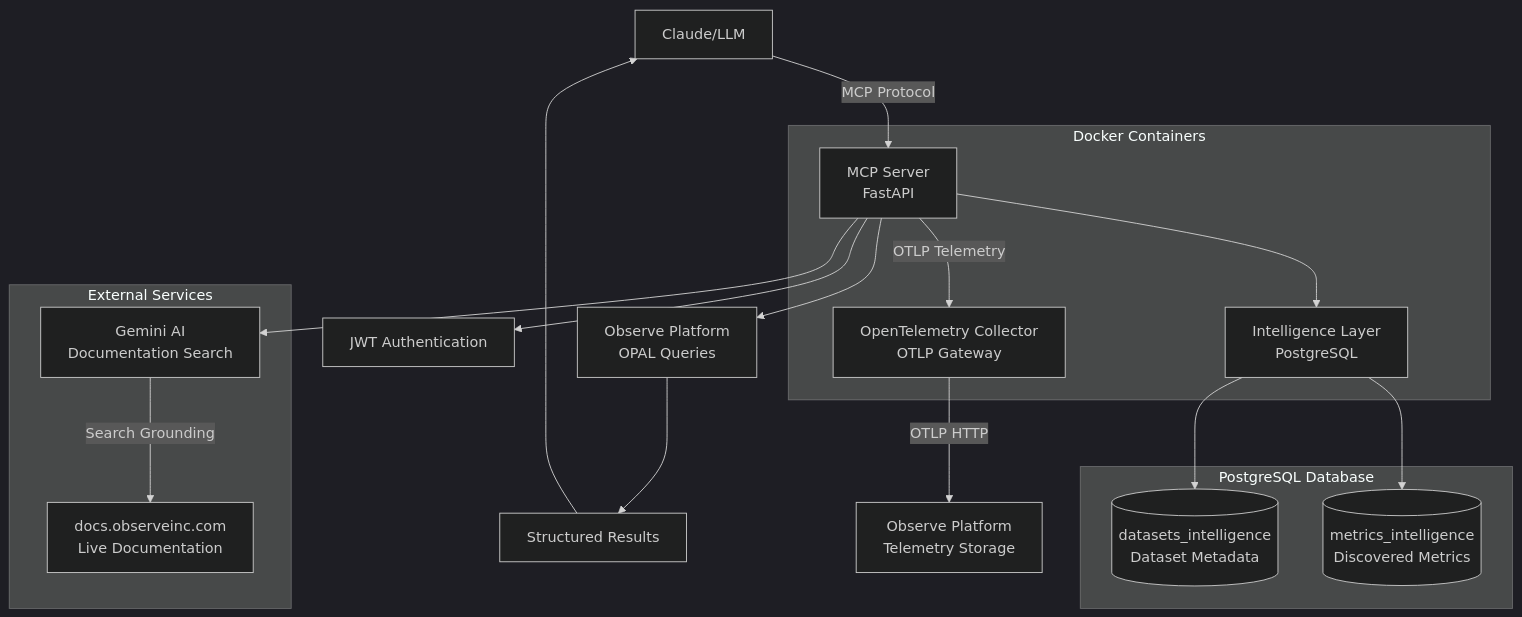
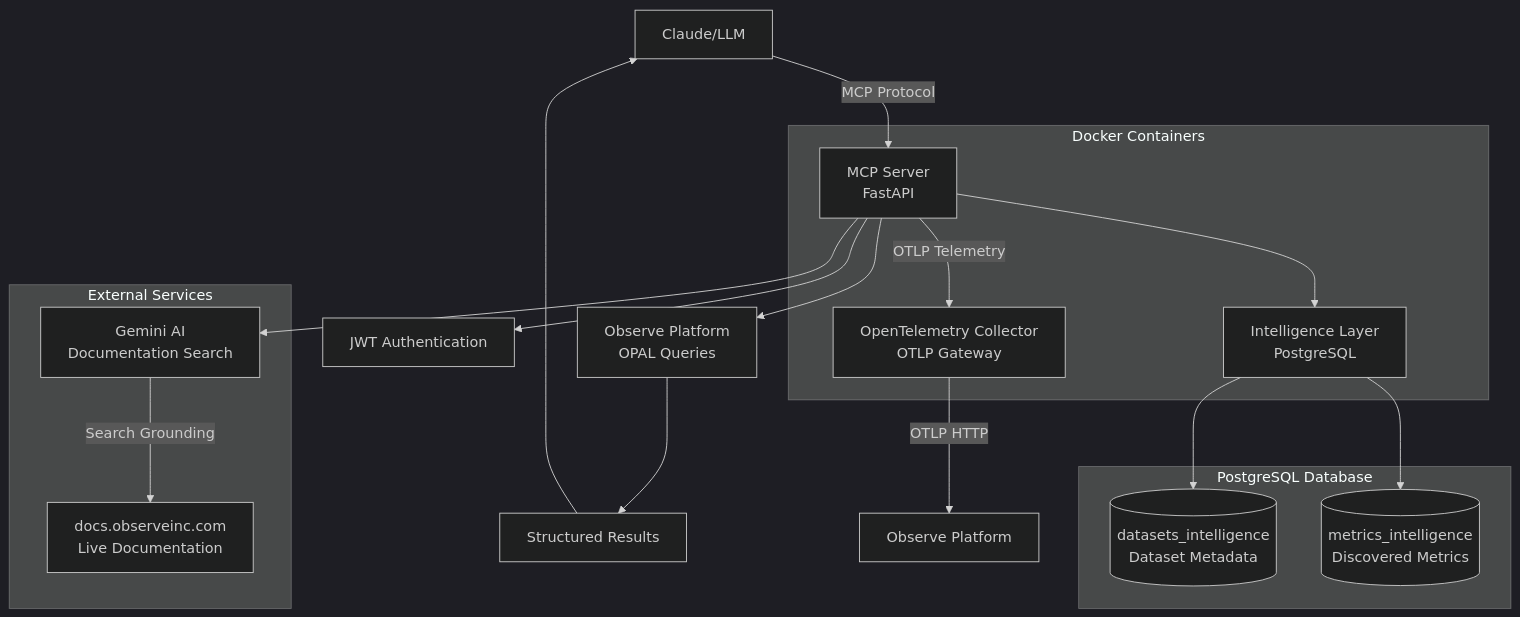
One commit to rustomax/observe-community-mcp changed the diagram in README.md. Above: the diagram before and after it, drawn with Mermaid (dark theme).

Commit message:
docs: update README arch diagram

````diff
--- a/README.md
+++ b/README.md
@@ -185,35 +185,35 @@
 ```mermaid
 graph TB
     Claude[Claude/LLM] -->|MCP Protocol| Server[MCP Server<br/>FastAPI]
     Server --> Auth[JWT Authentication]
     Server --> Discovery[Intelligence Layer<br/>PostgreSQL]
     Server --> GeminiAI[Gemini AI<br/>Documentation Search]
     Server --> ObserveAPI[Observe Platform<br/>OPAL Queries]
     Server -->|OTLP Telemetry| Collector[OpenTelemetry Collector<br/>OTLP Gateway]
 
     Discovery --> DatasetDB[(datasets_intelligence<br/>Dataset Metadata)]
     Discovery --> MetricsDB[(metrics_intelligence<br/>Discovered Metrics)]
 
     GeminiAI -->|Search Grounding| DocsWeb[docs.observeinc.com<br/>Live Documentation]
 
     ObserveAPI --> Results[Structured Results]
     Results --> Claude
 
-    Collector -->|OTLP HTTP| ObservePlatform[Observe Platform<br/>Telemetry Storage]
+    Collector -->|OTLP HTTP| ObservePlatform[Observe Platform]
 
     subgraph "PostgreSQL Database"
         DatasetDB
         MetricsDB
     end
 
     subgraph "Docker Containers"
         Server
         Discovery
         Collector
     end
 
     subgraph "External Services"
         GeminiAI
         DocsWeb
     end
 ```
````
